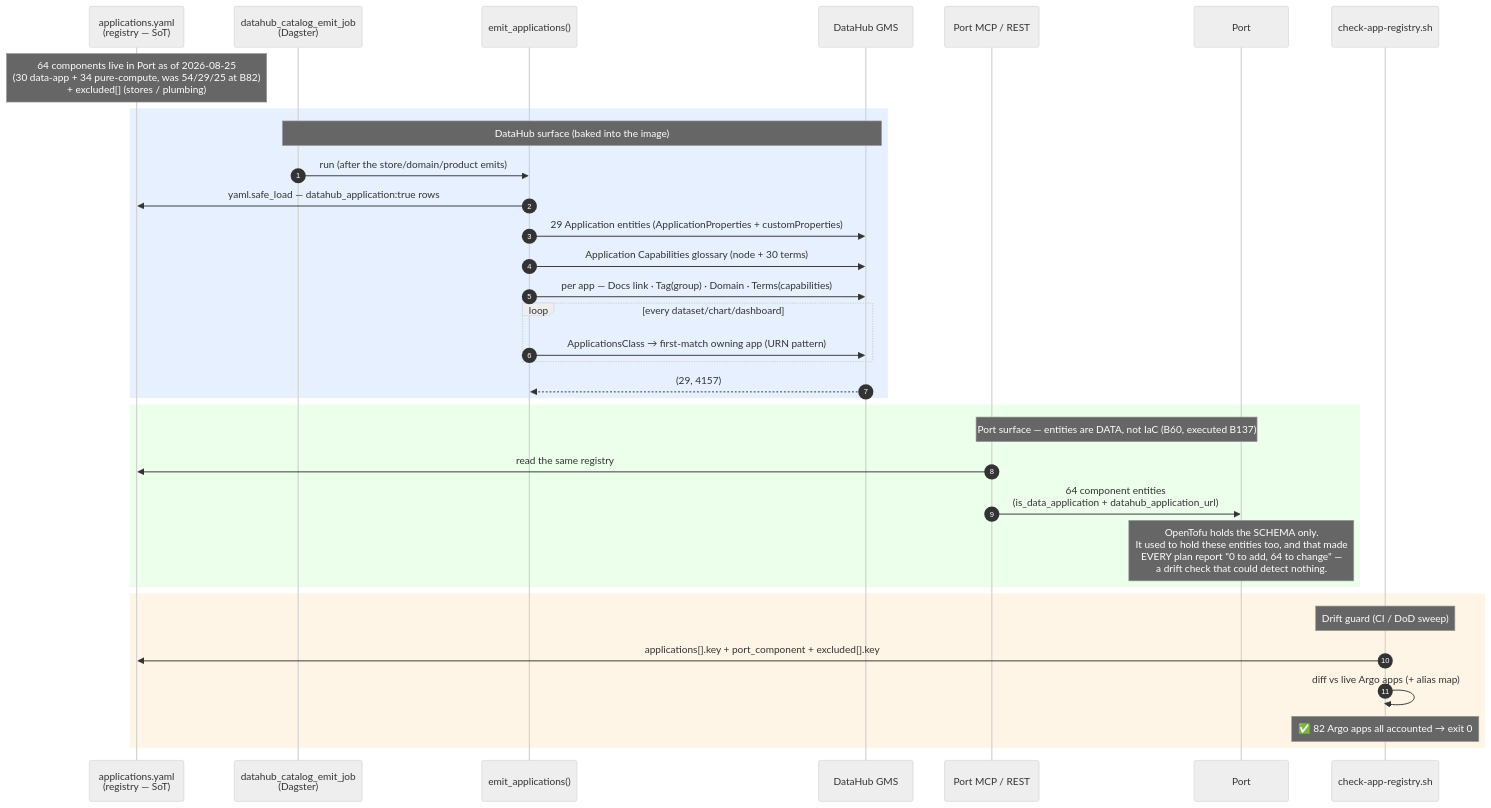
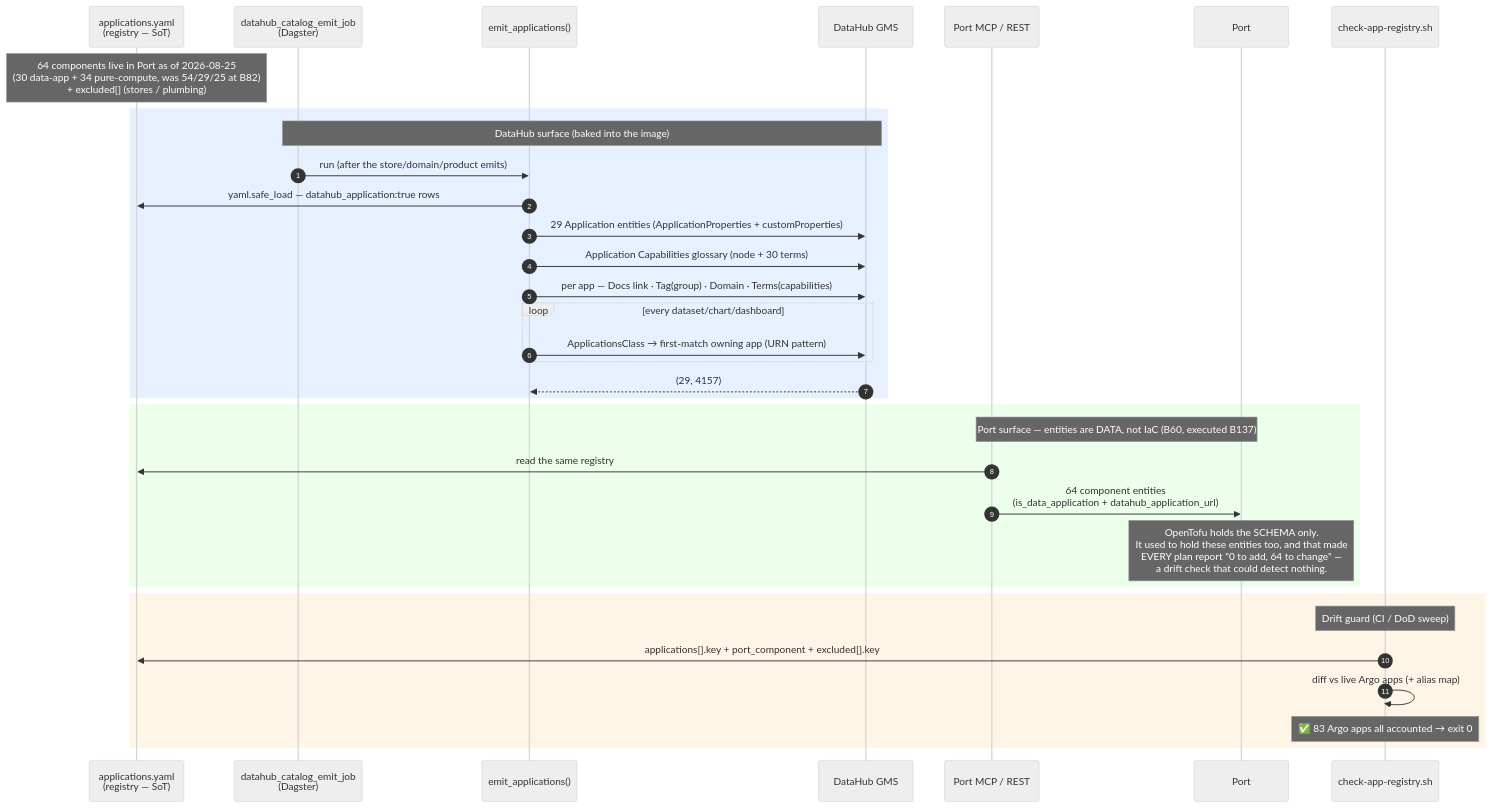
The diagram in docs/diagrams/flow-application-taxonomy.md (edtbl76/weyland-lab), drawn with Mermaid (neutral theme) before and after one commit. The commit also changed 30 other files, not shown here.

````diff
--- a/docs/diagrams/flow-application-taxonomy.md
+++ b/docs/diagrams/flow-application-taxonomy.md
@@ -6,40 +6,40 @@
 ```mermaid
 sequenceDiagram
     autonumber
     participant REG as applications.yaml<br/>(registry — SoT)
     participant JOB as datahub_catalog_emit_job<br/>(Dagster)
     participant EMIT as emit_applications()
     participant GMS as DataHub GMS
     participant MCP as Port MCP / REST
     participant PORT as Port
     participant CHK as check-app-registry.sh
 
     Note over REG: 64 components live in Port as of 2026-08-25<br/>(30 data-app + 34 pure-compute, was 54/29/25 at B82)<br/>+ excluded[] (stores / plumbing)
 
     rect rgb(230,240,255)
     Note over JOB,GMS: DataHub surface (baked into the image)
     JOB->>EMIT: run (after the store/domain/product emits)
     EMIT->>REG: yaml.safe_load — datahub_application:true rows
     EMIT->>GMS: 29 Application entities (ApplicationProperties + customProperties)
     EMIT->>GMS: Application Capabilities glossary (node + 30 terms)
     EMIT->>GMS: per app — Docs link · Tag(group) · Domain · Terms(capabilities)
     loop every dataset/chart/dashboard
         EMIT->>GMS: ApplicationsClass → first-match owning app (URN pattern)
     end
     GMS-->>EMIT: (29, 4157)
     end
 
     rect rgb(235,255,235)
     Note over MCP,PORT: Port surface — entities are DATA, not IaC (B60, executed B137)
     MCP->>REG: read the same registry
     MCP->>PORT: 64 component entities<br/>(is_data_application + datahub_application_url)
     Note over PORT: OpenTofu holds the SCHEMA only.<br/>It used to hold these entities too, and that made<br/>EVERY plan report "0 to add, 64 to change" —<br/>a drift check that could detect nothing.
     end
 
     rect rgb(255,245,230)
     Note over CHK: Drift guard (CI / DoD sweep)
     CHK->>REG: applications[].key + port_component + excluded[].key
     CHK->>CHK: diff vs live Argo apps (+ alias map)
-    Note over CHK: ✅ 82 Argo apps all accounted → exit 0
+    Note over CHK: ✅ 83 Argo apps all accounted → exit 0
     end
 ```
````
